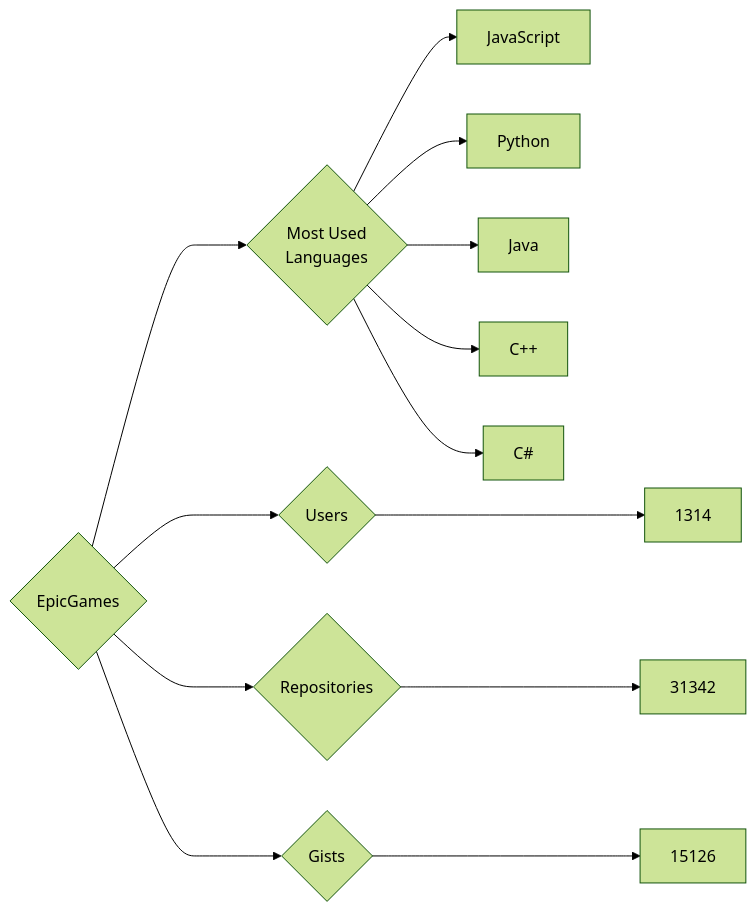
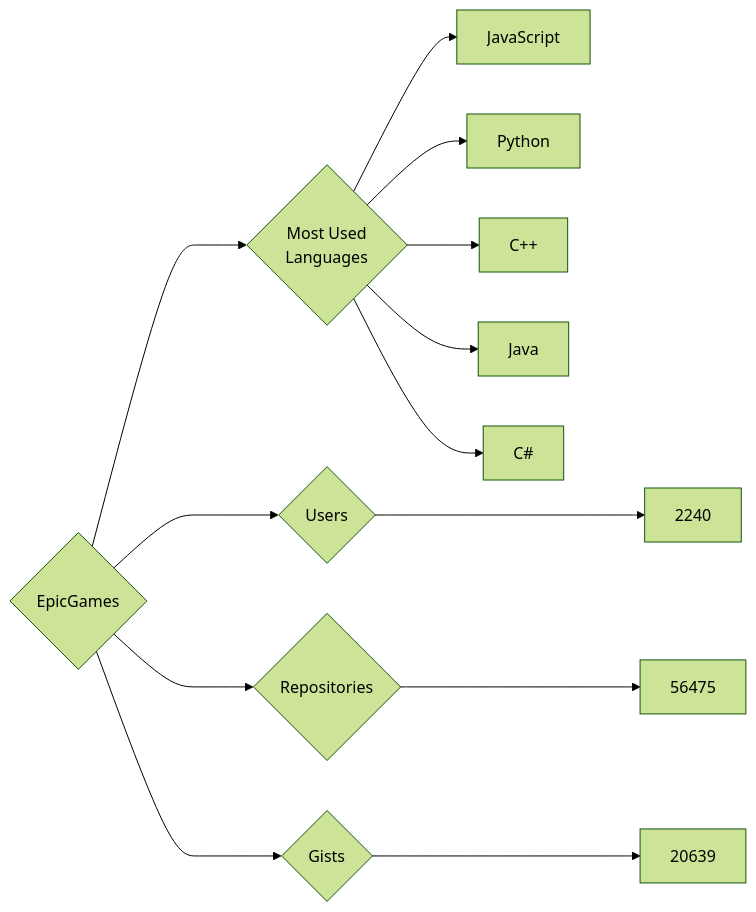
The diagram in targets/EpicGames/README.md (trickest/insiders), drawn with Mermaid (forest theme) before and after one commit. The commit also changed 553 other files, not shown here.

````diff
--- a/targets/EpicGames/README.md
+++ b/targets/EpicGames/README.md
@@ -3,13 +3,13 @@
 ```mermaid
 graph LR
 COMPANY_NAME{EpicGames}
-COMPANY_NAME ---> U{Users} ---> UN[1314]
-COMPANY_NAME ---> R{Repositories} ---> RN[31342]
-COMPANY_NAME ---> G{Gists} ---> GN[15126]
+COMPANY_NAME ---> U{Users} ---> UN[2240]
+COMPANY_NAME ---> R{Repositories} ---> RN[56475]
+COMPANY_NAME ---> G{Gists} ---> GN[20639]
 COMPANY_NAME ---> ML{Most Used<br>Languages}
 ML --> JavaScript[JavaScript]
 ML --> Python[Python]
+ML --> C++[C++]
 ML --> Java[Java]
-ML --> C++[C++]
 ML --> C#[C#]
 ```
````
